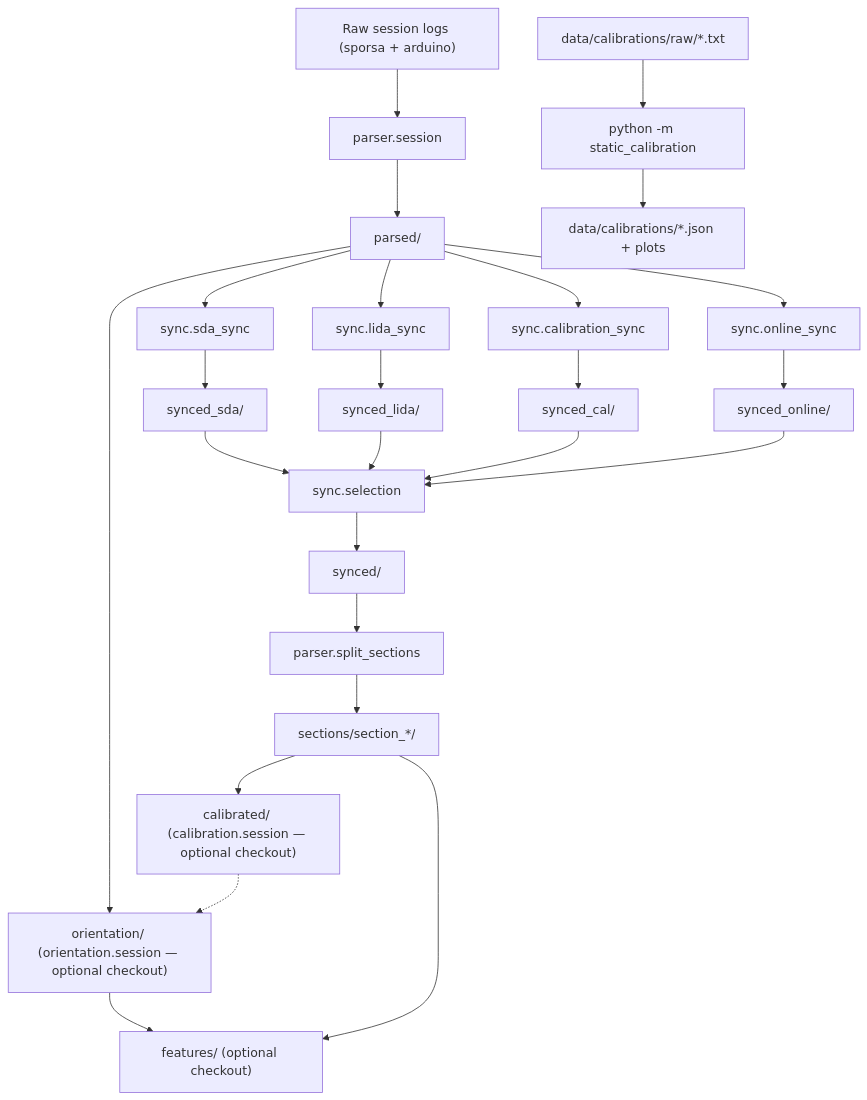
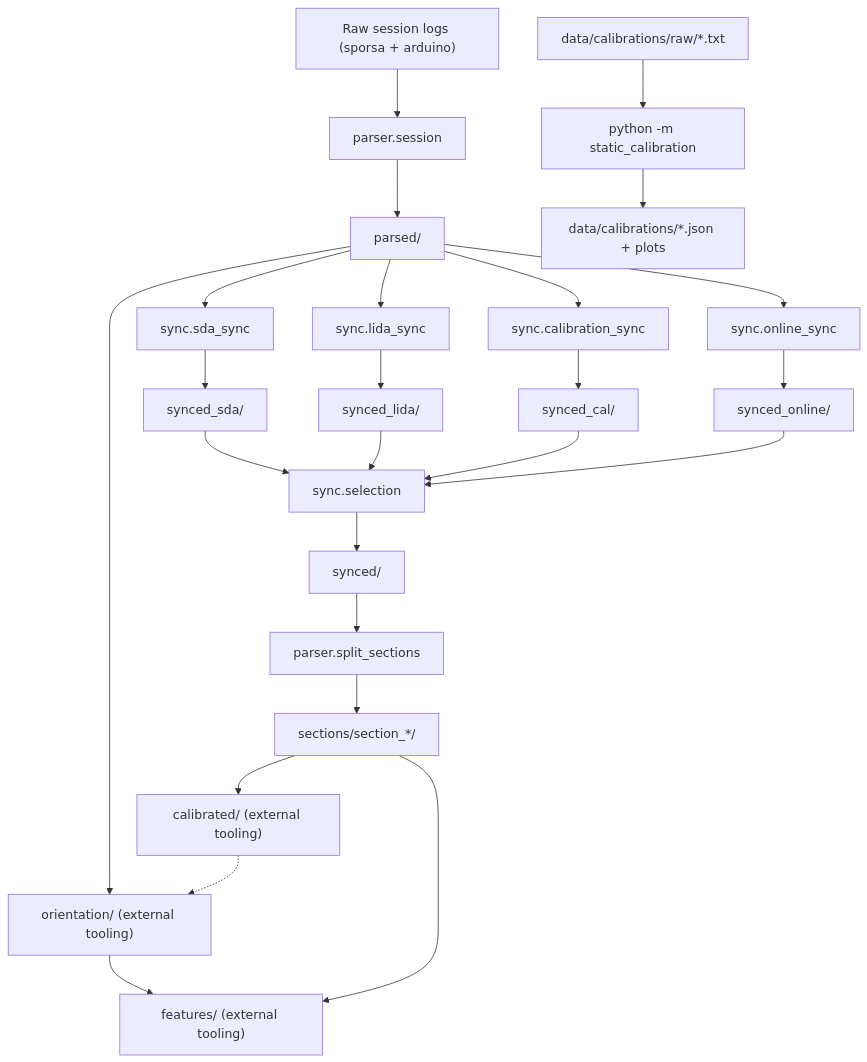
Before and after one commit to xanderdurieux/multi-imu: the diagram in analysis/README.md, drawn with Mermaid. The commit also changed other lines of this file and 11 other files, not shown here.

````diff
--- a/analysis/README.md
+++ b/analysis/README.md
@@ -518,24 +382,24 @@
 ```mermaid
 flowchart TD
   rawSession["Raw session logs (sporsa + arduino)"] --> parseSession["parser.session"]
   parseSession --> parsedStage["parsed/"]
   parsedStage --> syncSDA["sync.sda_sync"]
   parsedStage --> syncLIDA["sync.lida_sync"]
   parsedStage --> syncCal["sync.calibration_sync"]
   parsedStage --> syncOnline["sync.online_sync"]
   syncSDA --> syncedSDA["synced_sda/"]
   syncLIDA --> syncedLida["synced_lida/"]
   syncCal --> syncedCal["synced_cal/"]
   syncOnline --> syncedOnline["synced_online/"]
   syncedSDA & syncedLida & syncedCal & syncedOnline --> selection["sync.selection"]
   selection --> syncedBest["synced/"]
   syncedBest --> splitSections["parser.split_sections"]
   splitSections --> sectionsStage["sections/section_*/"]
-  sectionsStage --> optionalCal["calibrated/ (calibration.session — optional checkout)"]
-  parsedStage --> optionalOri["orientation/ (orientation.session — optional checkout)"]
+  sectionsStage --> optionalCal["calibrated/ (external tooling)"]
+  parsedStage --> optionalOri["orientation/ (external tooling)"]
   optionalCal -.-> optionalOri
-  optionalOri --> optionalFeat["features/ (optional checkout)"]
+  optionalOri --> optionalFeat["features/ (external tooling)"]
   sectionsStage --> optionalFeat
   rawCalib["data/calibrations/raw/*.txt"] --> staticCal["python -m static_calibration"]
   staticCal --> calibOut["data/calibrations/*.json + plots"]
 ```
````
